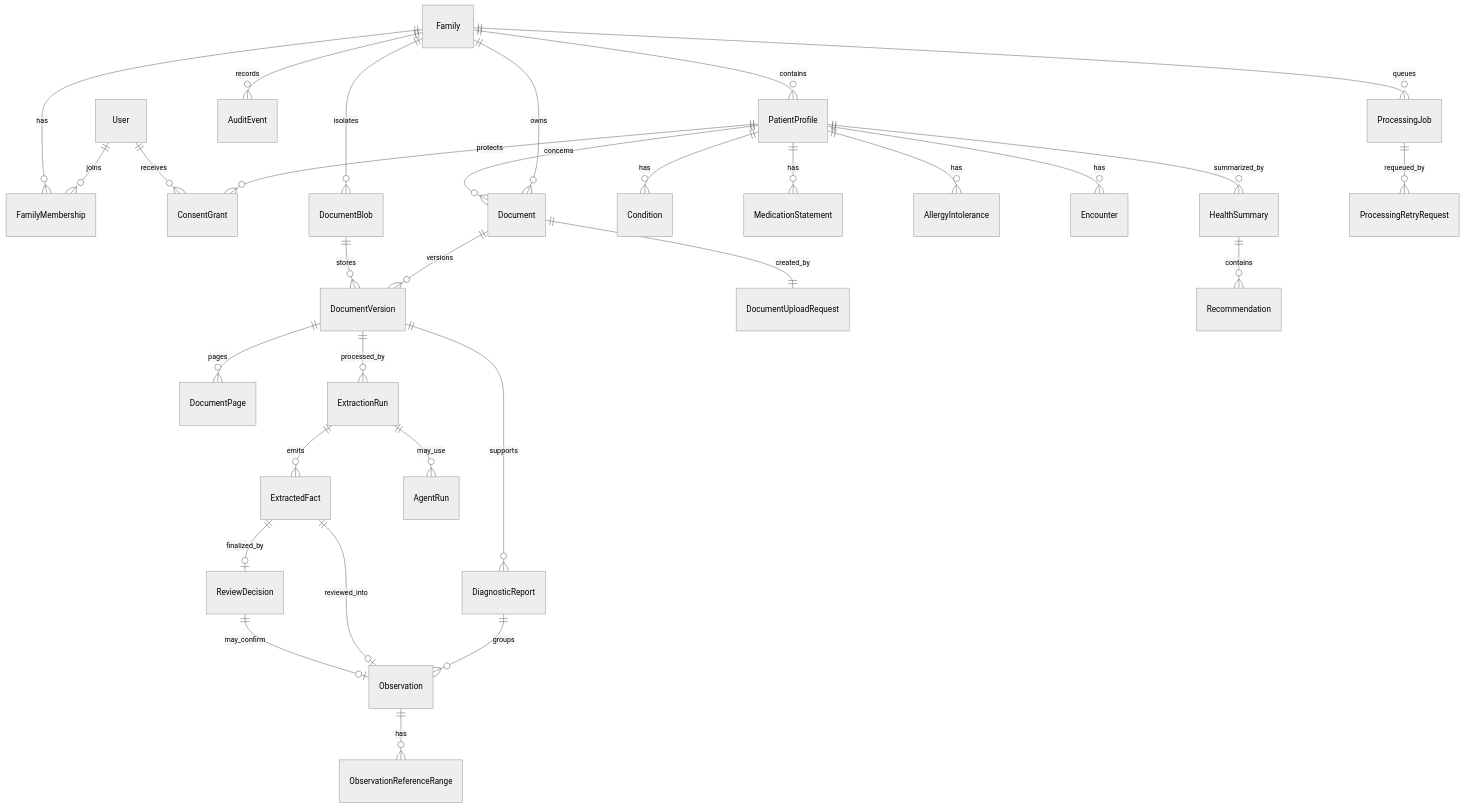
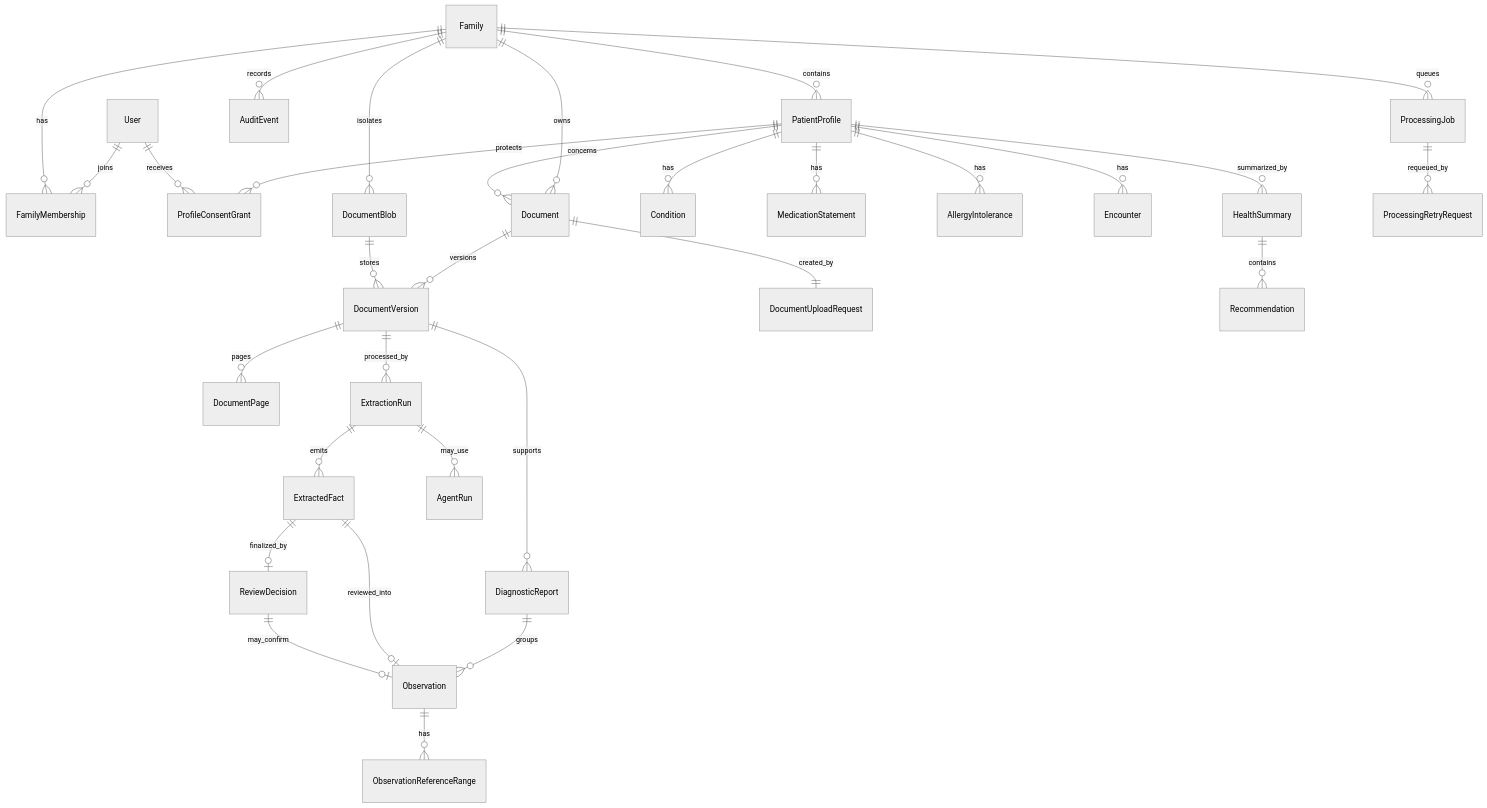
Before and after one commit to Braidner/veylta: the diagram in docs/er-model.md, drawn with Mermaid (neutral theme). The commit also changed other lines of this file and 34 other files, not shown here.

Commit message:
feat: add explicit profile read consent

````diff
--- a/docs/er-model.md
+++ b/docs/er-model.md
@@ -22,36 +22,36 @@
 ```mermaid
 erDiagram
   User ||--o{ FamilyMembership : joins
   Family ||--o{ FamilyMembership : has
   Family ||--o{ PatientProfile : contains
-  PatientProfile ||--o{ ConsentGrant : protects
-  User ||--o{ ConsentGrant : receives
+  PatientProfile ||--o{ ProfileConsentGrant : protects
+  User ||--o{ ProfileConsentGrant : receives
 
   Family ||--o{ Document : owns
   PatientProfile ||--o{ Document : concerns
   Document ||--o{ DocumentVersion : versions
   Family ||--o{ DocumentBlob : isolates
   DocumentBlob ||--o{ DocumentVersion : stores
   Document ||--|| DocumentUploadRequest : created_by
   DocumentVersion ||--o{ DocumentPage : pages
   DocumentVersion ||--o{ ExtractionRun : processed_by
   ExtractionRun ||--o{ ExtractedFact : emits
   DocumentVersion ||--o{ DiagnosticReport : supports
   DiagnosticReport ||--o{ Observation : groups
   ExtractedFact ||--o| ReviewDecision : finalized_by
   ExtractedFact ||--o| Observation : reviewed_into
   ReviewDecision ||--o| Observation : may_confirm
   Observation ||--o{ ObservationReferenceRange : has
 
   PatientProfile ||--o{ Condition : has
   PatientProfile ||--o{ MedicationStatement : has
   PatientProfile ||--o{ AllergyIntolerance : has
   PatientProfile ||--o{ Encounter : has
   PatientProfile ||--o{ HealthSummary : summarized_by
   HealthSummary ||--o{ Recommendation : contains
 
   ExtractionRun ||--o{ AgentRun : may_use
   Family ||--o{ AuditEvent : records
   Family ||--o{ ProcessingJob : queues
   ProcessingJob ||--o{ ProcessingRetryRequest : requeued_by
 ```
````
